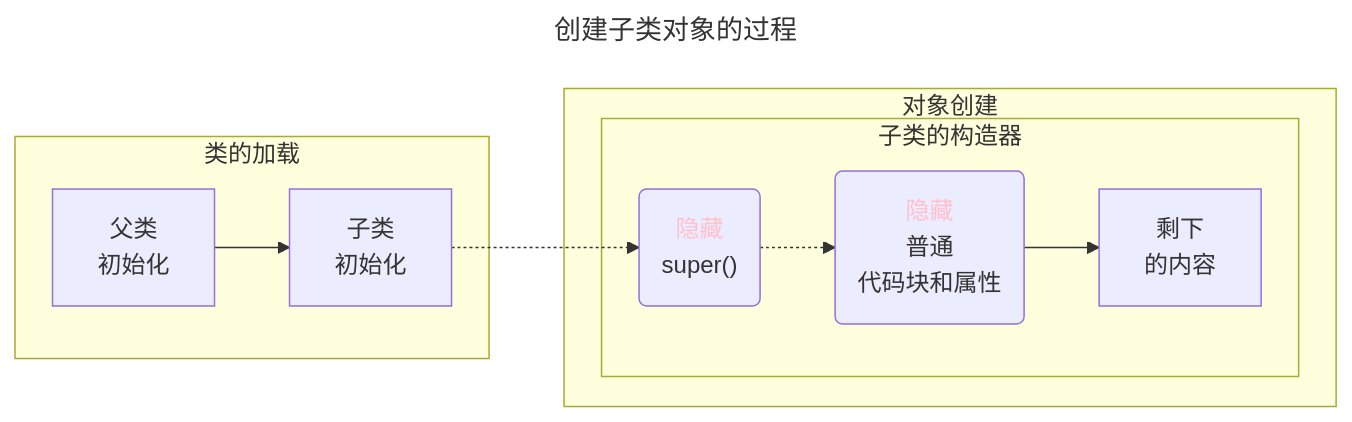
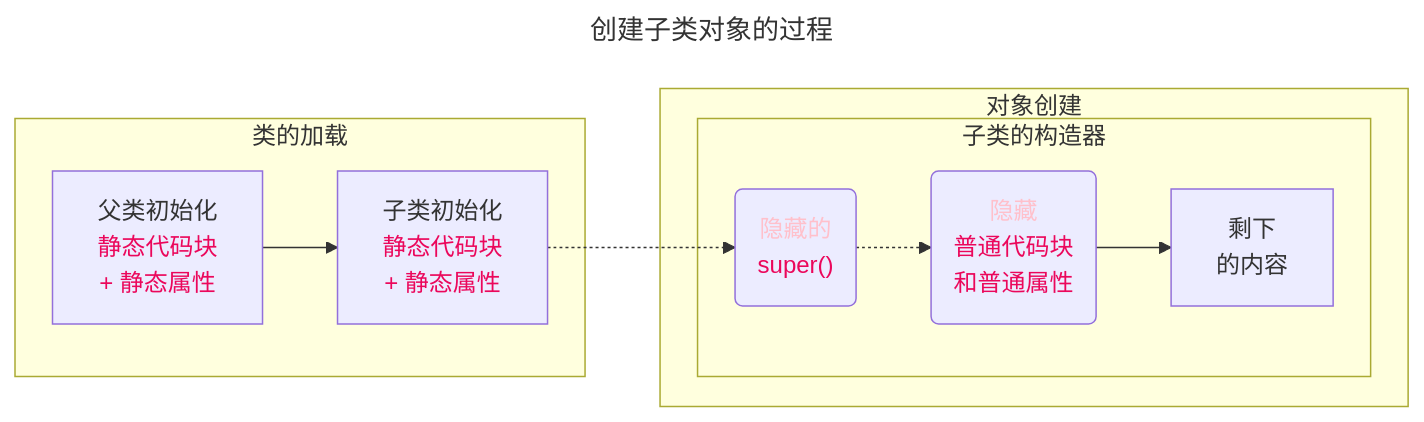
Before and after one commit to Stolorzs/JavaStudy: the diagram in markdown/代码块.md, drawn with Mermaid. The commit also changed 39 other files, not shown here.

````diff
--- a/markdown/代码块.md
+++ b/markdown/代码块.md
@@ -75,19 +75,19 @@
 ```mermaid
 ---
 title : 创建子类对象的过程
 ---
 graph LR;
 subgraph a["类的加载"]
-    a1["父类\n初始化"]-->
-    a2["子类\n初始化"]
+    a1["父类初始化\n<font color ="#eb075b">静态代码块\n+ 静态属性</font>"]-->
+    a2["子类初始化\n<font color ="#eb075b">静态代码块\n+ 静态属性</font>"]
 end
 a2-.->b2
 
 subgraph b["对象创建"]
     subgraph bb["子类的构造器"]
-        b2("<font color="pink">隐藏</font>\nsuper()")-.->
-        b3("<font color="pink">隐藏</font>\n普通\n代码块和属性")-->
+        b2("<font color="pink">隐藏的</font><font color="#eb075b">\nsuper()</font>")-.->
+        b3("<font color="pink">隐藏</font>\n<font color="#eb075b">普通代码块\n和普通属性</font>")-->
         b4["剩下\n的内容"]
     end
 end
 ```
````
